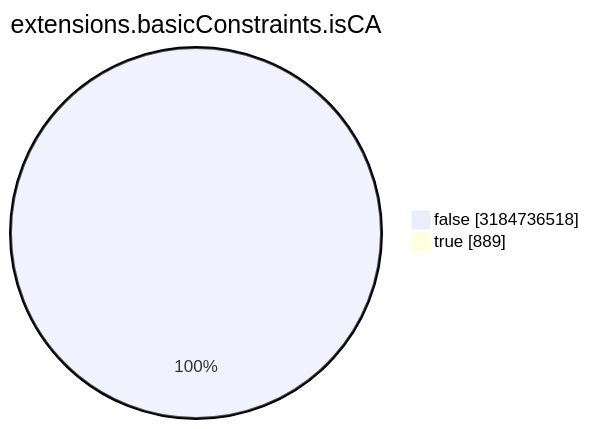
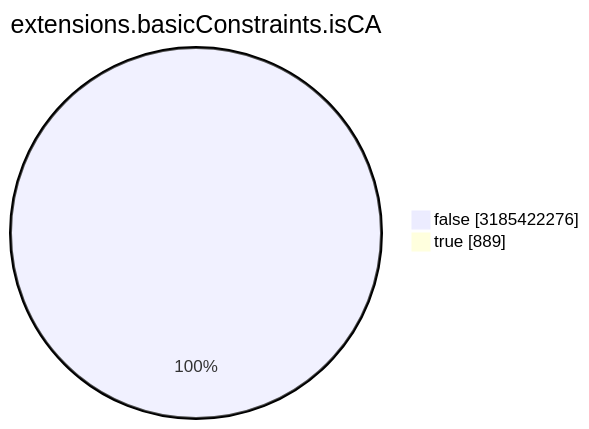
Before and after one commit to christiankrug/ctmonitor_visualization: the seventh of 15 diagrams in TOTAL/README.md, drawn with Mermaid. The commit also changed other lines of this file, not shown here.

````diff
--- a/TOTAL/README.md
+++ b/TOTAL/README.md
@@ -3088,6 +3088,6 @@
 ```mermaid
 pie showData
 title extensions.basicConstraints.isCA
-"false" :3184736518
+"false" :3185422276
 "true" :889
 ```
````
